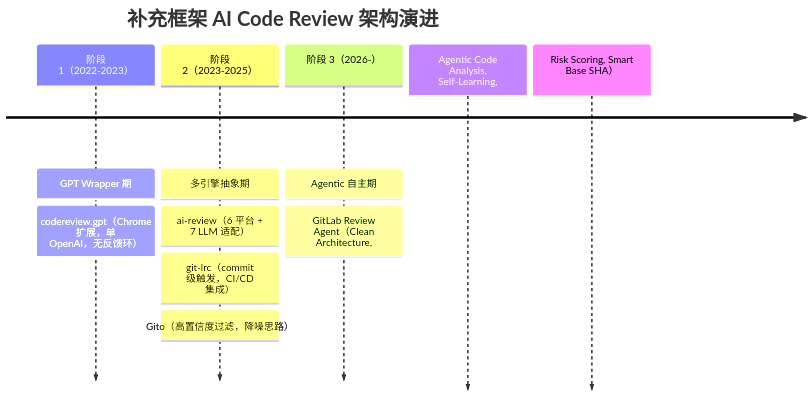
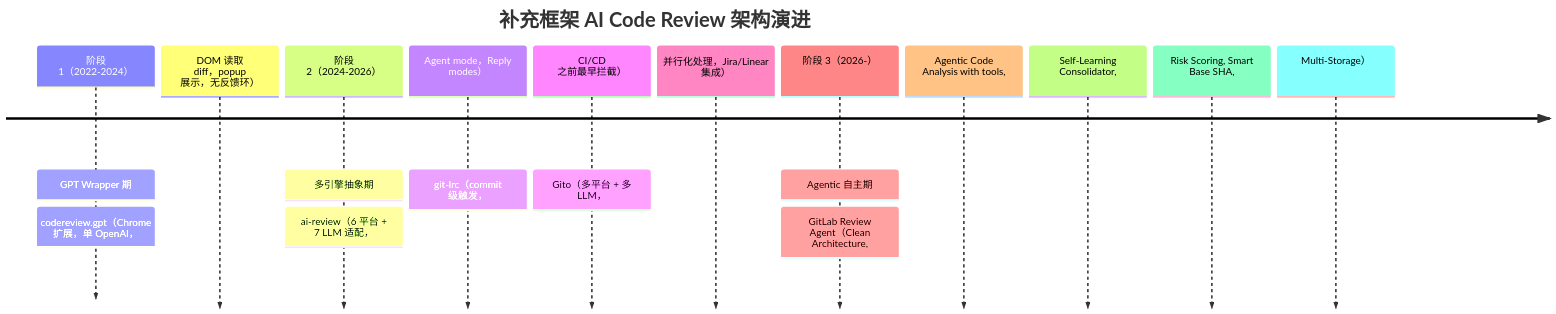
The diagram in knowledge/analysis/primitives/ai-code-review/supplementary-frameworks/artifact.md (iampkuhz/openspec-research-blockchain), drawn with Mermaid before and after one commit. The commit also changed other lines of this file and 8 other files, not shown here.

````diff
--- a/knowledge/analysis/primitives/ai-code-review/supplementary-frameworks/artifact.md
+++ b/knowledge/analysis/primitives/ai-code-review/supplementary-frameworks/artifact.md
@@ -130,14 +123,20 @@
 ```mermaid
 timeline
     title 补充框架 AI Code Review 架构演进
-    阶段 1（2022-2023） : GPT Wrapper 期
-      : codereview.gpt（Chrome 扩展，单 OpenAI，无反馈环）
-    阶段 2（2023-2025） : 多引擎抽象期
-      : ai-review（6 平台 + 7 LLM 适配）
-      : git-lrc（commit 级触发，CI/CD 集成）
-      : Gito（高置信度过滤，降噪思路）
+    阶段 1（2022-2024） : GPT Wrapper 期
+      : codereview.gpt（Chrome 扩展，单 OpenAI，
+        DOM 读取 diff，popup 展示，无反馈环）
+    阶段 2（2024-2026） : 多引擎抽象期
+      : ai-review（6 平台 + 7 LLM 适配，
+        Agent mode，Reply modes）
+      : git-lrc（commit 级触发，
+        CI/CD 之前最早拦截）
+      : Gito（多平台 + 多 LLM，
+        并行化处理，Jira/Linear 集成）
     阶段 3（2026-） : Agentic 自主期
       : GitLab Review Agent（Clean Architecture,
-        Agentic Code Analysis, Self-Learning,
-        Risk Scoring, Smart Base SHA）
+        Agentic Code Analysis with tools,
+        Self-Learning Consolidator,
+        Risk Scoring, Smart Base SHA,
+        Multi-Storage）
 ```
````
